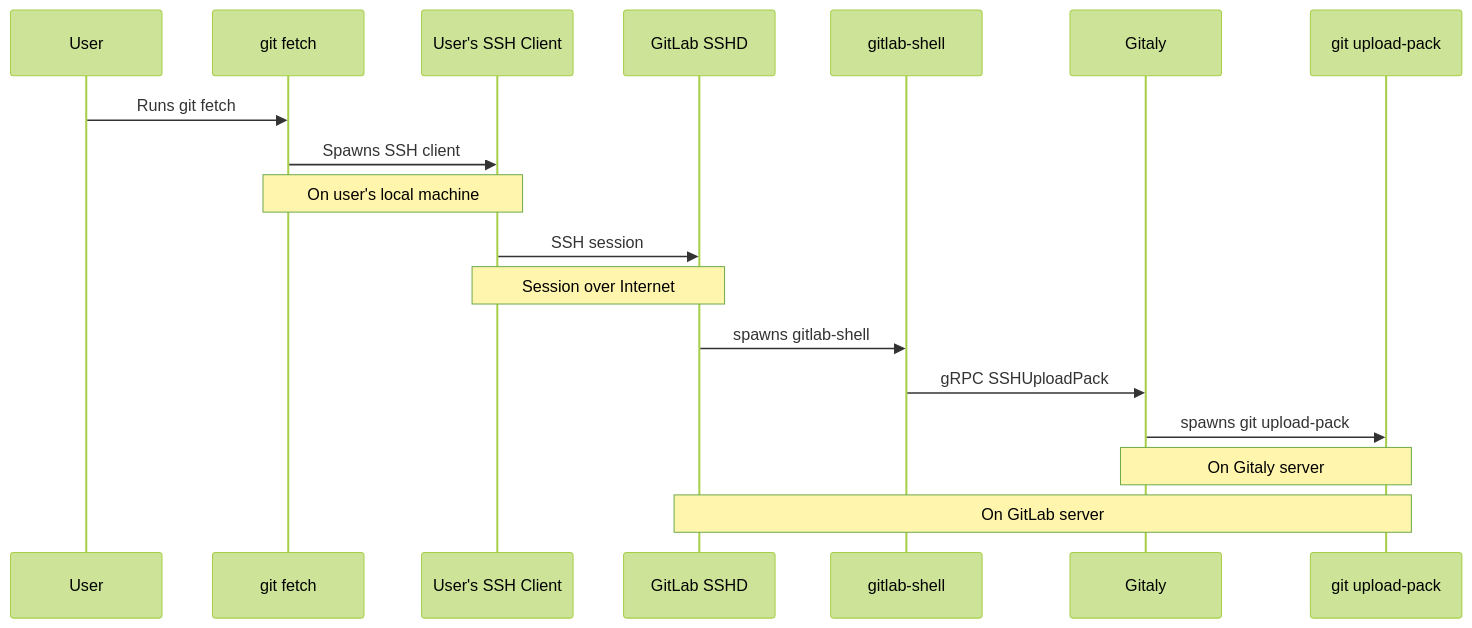
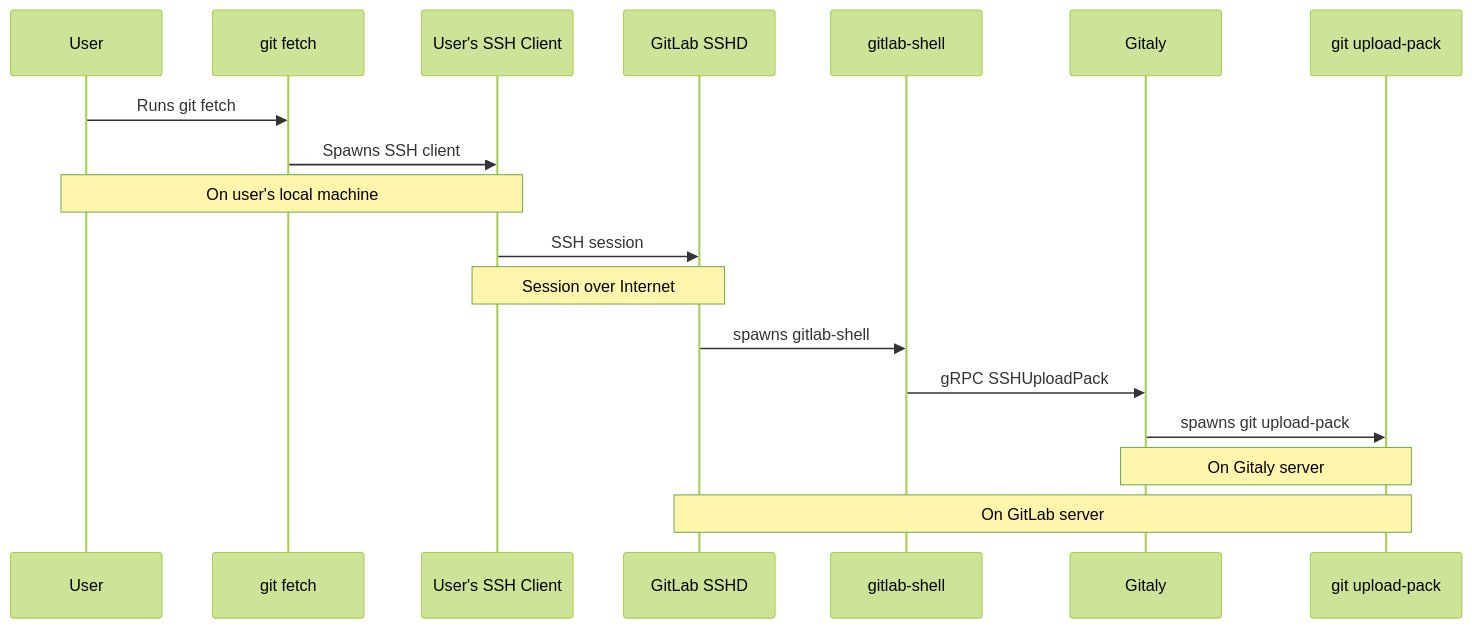
One commit to qeesung/gitaly changed the first of 2 diagrams in cmd/gitaly-ssh/README.md. Above: the diagram before and after it, drawn with Mermaid (forest theme).

````diff
--- a/cmd/gitaly-ssh/README.md
+++ b/cmd/gitaly-ssh/README.md
@@ -14,24 +14,24 @@
 ```mermaid
 sequenceDiagram
   participant User as User
   participant UserGit as git fetch
   participant SSHClient as User's SSH Client
   participant SSHD as GitLab SSHD
   participant GitLabShell as gitlab-shell
   participant GitalyServer as Gitaly
   participant GitalyGit as git upload-pack
 
   User ->> UserGit: Runs git fetch
   UserGit ->> SSHClient: Spawns SSH client
-  Note over UserGit,SSHClient: On user's local machine
+  Note over User,SSHClient: On user's local machine
 
   SSHClient ->> SSHD: SSH session
   Note over SSHClient,SSHD: Session over Internet
 
   SSHD ->> GitLabShell: spawns gitlab-shell
   GitLabShell ->> GitalyServer: gRPC SSHUploadPack
   GitalyServer ->> GitalyGit: spawns git upload-pack
 
   Note over GitalyServer,GitalyGit: On Gitaly server
   Note over SSHD,GitalyGit: On GitLab server
 ```
````
